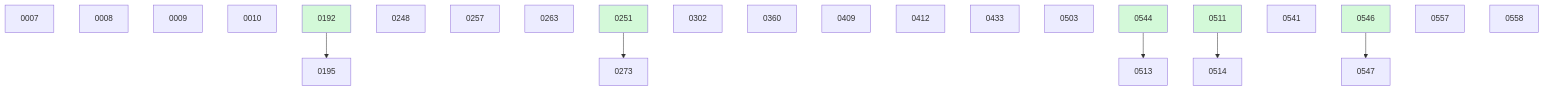
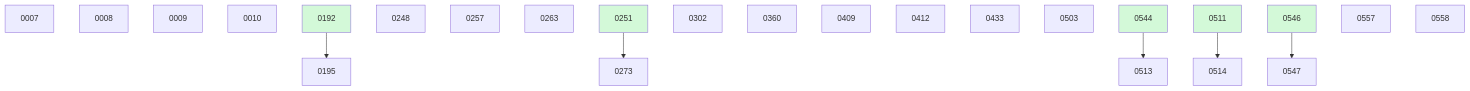
One commit to danielhanold/docket changed the diagram in docs/changes/BOARD.md. Above: the diagram before and after it, drawn with Mermaid. The commit also changed other lines of this file and 1 other file, not shown here.

````diff
--- a/docs/changes/BOARD.md
+++ b/docs/changes/BOARD.md
@@ -41,30 +40,29 @@
 ```mermaid
 graph TD
   0007
   0008
   0009
   0010
   0192 --> 0195
   0248
   0257
   0263
   0251 --> 0273
   0302
   0360
   0409
   0412
   0433
   0503
   0544 --> 0513
   0511 --> 0514
-  0541
   0546 --> 0547
   0557
   0558
   0192:::done
   0251:::done
   0511:::done
   0544:::done
   0546:::done
   classDef done fill:#d3f9d8;
 ```
````
